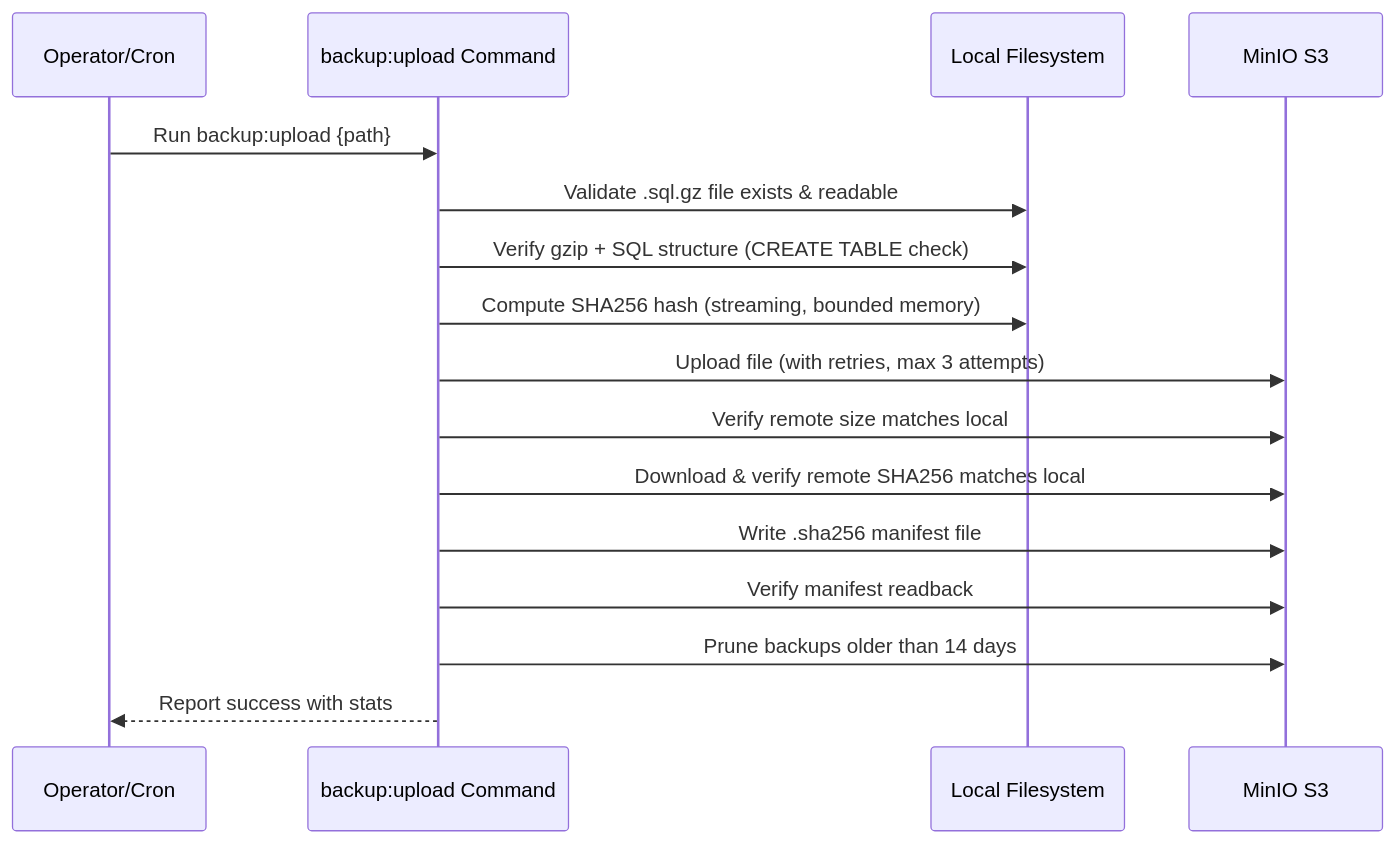
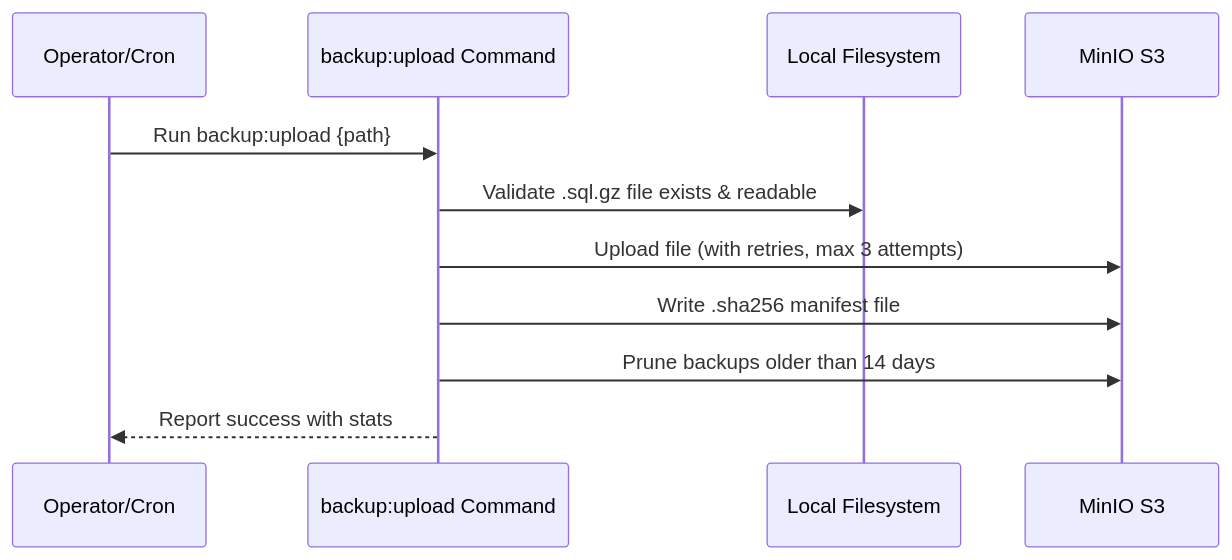
Before and after one commit to Madeena-software/madeena-company-profile: the fourth of 6 diagrams in docs/PRD.md, drawn with Mermaid. The commit also changed other lines of this file, not shown here.

````diff
--- a/docs/PRD.md
+++ b/docs/PRD.md
@@ -346,19 +279,14 @@
 ```mermaid
 sequenceDiagram
     participant O as Operator/Cron
     participant A as backup:upload Command
     participant L as Local Filesystem
     participant S as MinIO S3
 
     O->>A: Run backup:upload {path}
     A->>L: Validate .sql.gz file exists & readable
-    A->>L: Verify gzip + SQL structure (CREATE TABLE check)
-    A->>L: Compute SHA256 hash (streaming, bounded memory)
     A->>S: Upload file (with retries, max 3 attempts)
-    A->>S: Verify remote size matches local
-    A->>S: Download & verify remote SHA256 matches local
     A->>S: Write .sha256 manifest file
-    A->>S: Verify manifest readback
     A->>S: Prune backups older than 14 days
     A-->>O: Report success with stats
 ```
````
